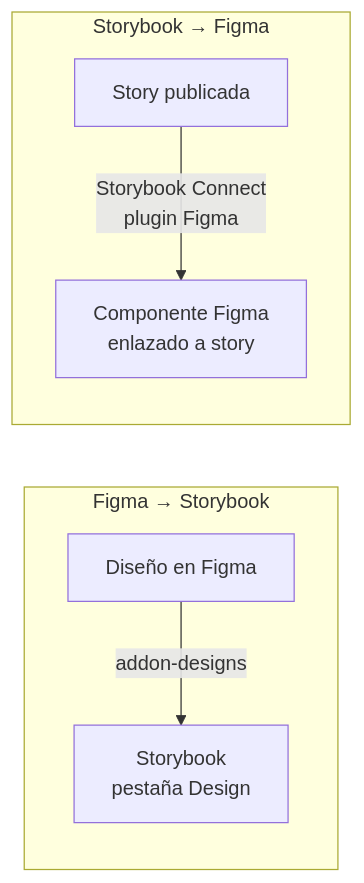
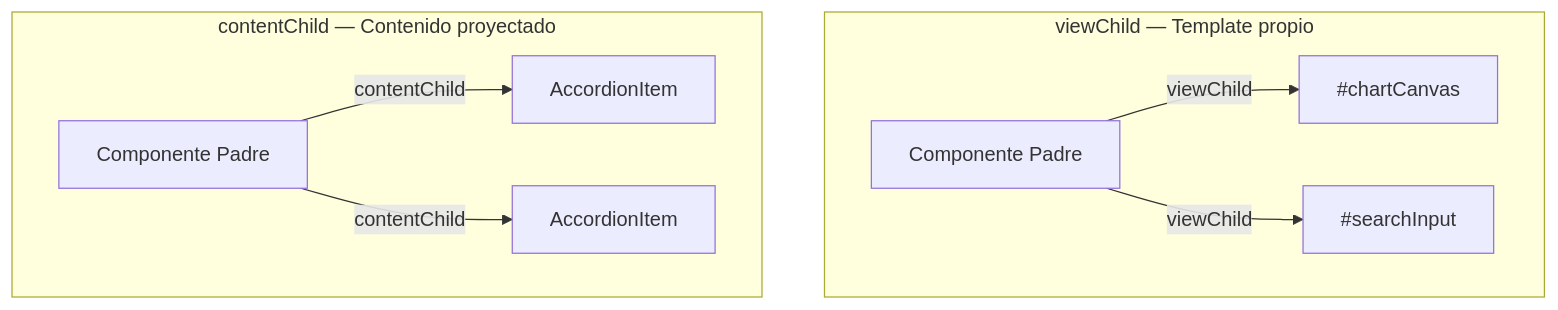
One commit to Jose-Quesada/presentacion-desarrollo-interfaces-26-27 changed the sixth of 7 diagrams in unidad-10.md. Above: the diagram before and after it, drawn with Mermaid. The commit also changed other lines of this file and 52 other files, not shown here.

````diff
--- a/unidad-10.md
+++ b/unidad-10.md
@@ -547,10 +560,18 @@
 ```mermaid
-graph LR
-    subgraph "Figma → Storybook"
-        A[Diseño en Figma] -->|addon-designs| B[Storybook<br/>pestaña Design]
+graph TD
+    subgraph "viewChild — Template propio"
+        V1[Componente Padre]
+        V2[#chartCanvas]
+        V3[#searchInput]
+        V1 -->|viewChild| V2
+        V1 -->|viewChild| V3
     end
     
-    subgraph "Storybook → Figma"
-        C[Story publicada] -->|Storybook Connect<br/>plugin Figma| D[Componente Figma<br/>enlazado a story]
+    subgraph "contentChild — Contenido proyectado"
+        C1[Componente Padre]
+        C2[AccordionItem]
+        C3[AccordionItem]
+        C1 -->|contentChild| C2
+        C1 -->|contentChild| C3
     end
 ```
````
